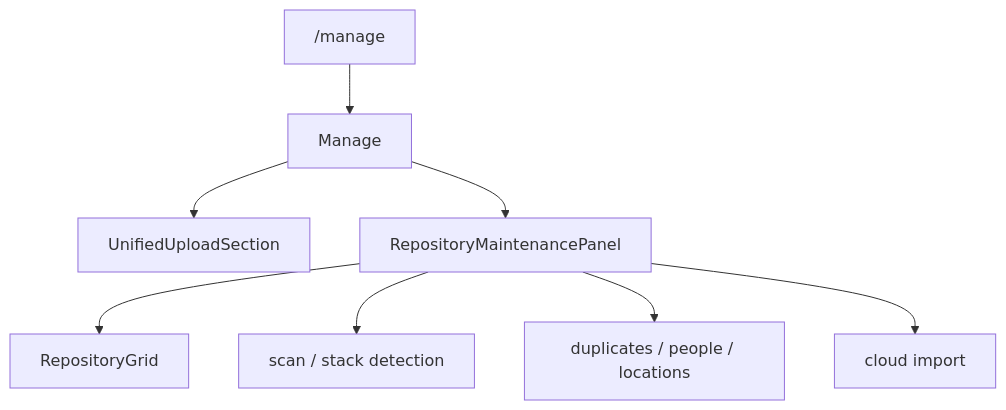
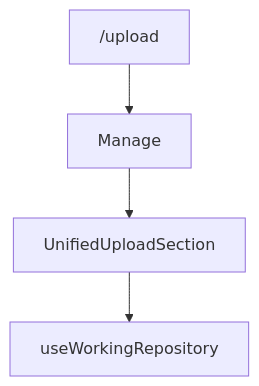
Before and after one commit to EdwinZhanCN/Lumilio-Photos: the diagram in web/src/features/manage/doc.md, drawn with Mermaid. The commit also changed other lines of this file and 308 other files, not shown here.

````diff
--- a/web/src/features/manage/doc.md
+++ b/web/src/features/manage/doc.md
@@ -18,10 +17,6 @@
 ```mermaid
 flowchart TD
-    ROUTE["/manage"] --> PAGE["Manage"]
+    ROUTE["/upload"] --> PAGE["Manage"]
     PAGE --> UPLOAD["UnifiedUploadSection"]
-    PAGE --> PANEL["RepositoryMaintenancePanel"]
-    PANEL --> GRID["RepositoryGrid"]
-    PANEL --> SCAN["scan / stack detection"]
-    PANEL --> CATALOG["duplicates / people / locations"]
-    PANEL --> CLOUD["cloud import"]
+    UPLOAD --> TARGET["useWorkingRepository"]
 ```
````
